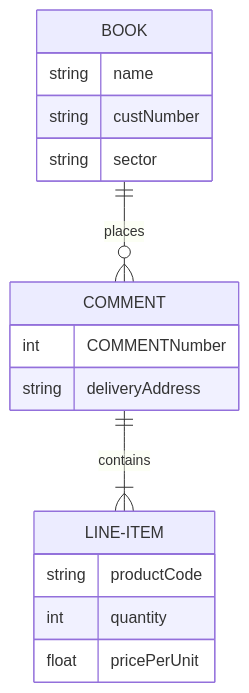
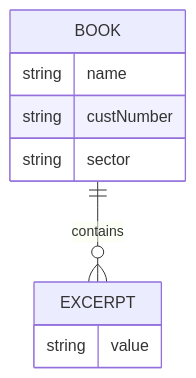
Before and after one commit to servable-community/servable-documentation: the diagram in docs/tutorial/server.md, drawn with Mermaid. The commit also changed other lines of this file and 2 other files, not shown here.

Commit message:
Added codeblock

````diff
--- a/docs/tutorial/server.md
+++ b/docs/tutorial/server.md
@@ -71,20 +85,12 @@
 ```mermaid
 erDiagram
-    BOOK ||--o{ COMMENT : places
+    BOOK ||--o{ EXCERPT : contains
     BOOK {
         string name
         string custNumber
         string sector
+    }   
+    EXCERPT {
+        string value        
     }
-    COMMENT ||--|{ LINE-ITEM : contains
-    COMMENT {
-        int COMMENTNumber
-        string deliveryAddress
-    }
-    LINE-ITEM {
-        string productCode
-        int quantity
-        float pricePerUnit
-    }
-
 ```
````
